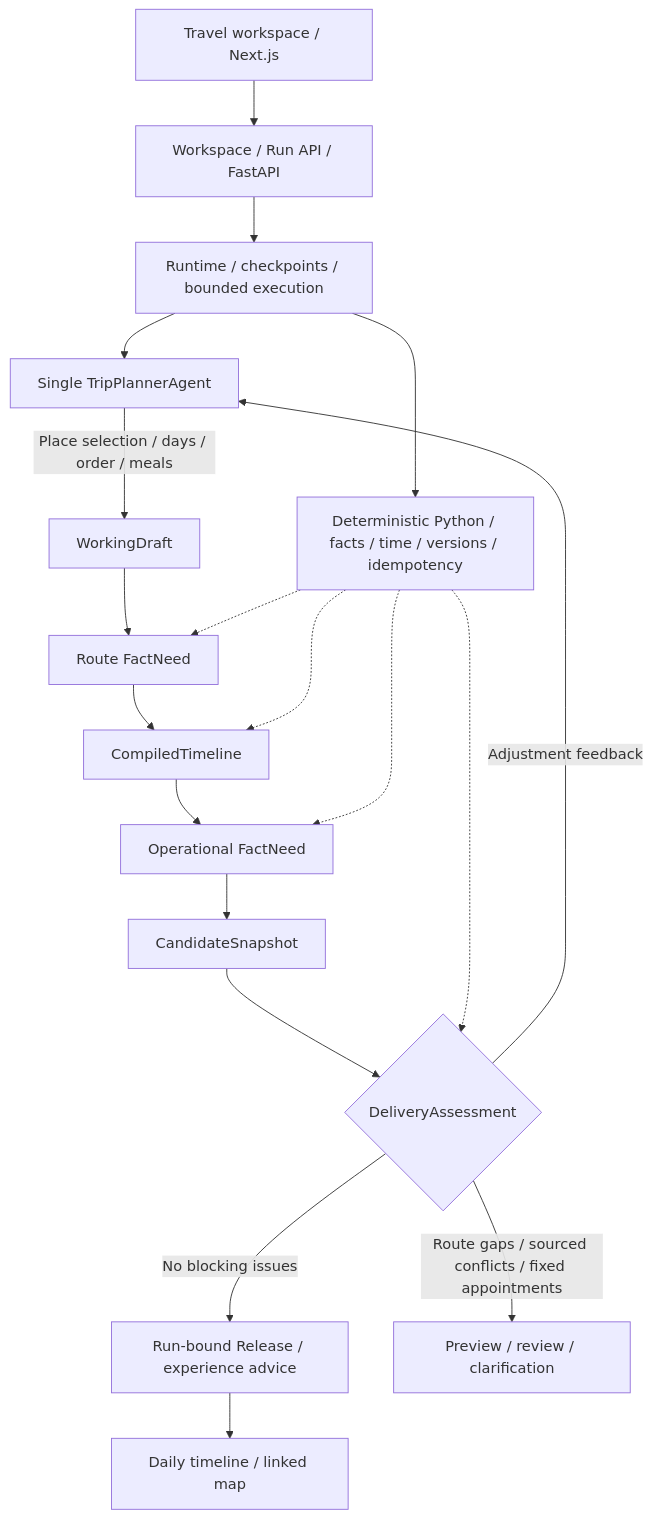
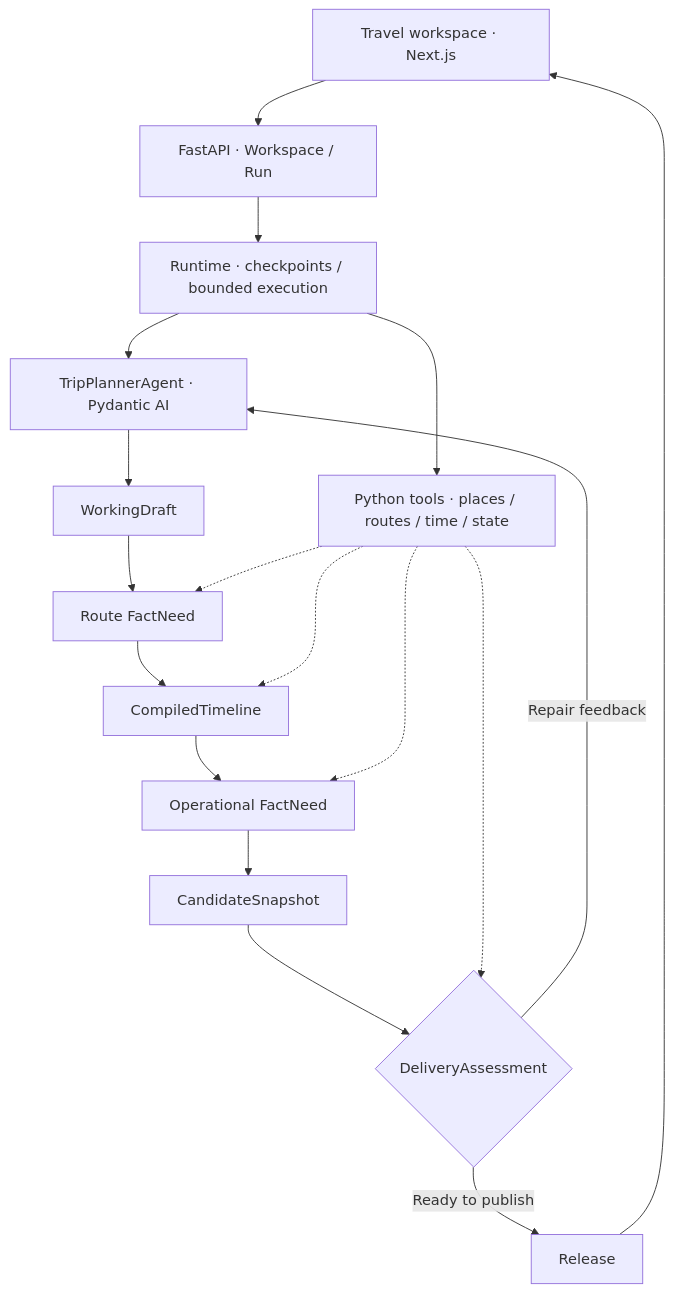
The diagram in README.md (tutuwangk/Trajecta-Agent), drawn with Mermaid before and after one commit. The commit also changed other lines of this file and 2 other files, not shown here.

````diff
--- a/README.md
+++ b/README.md
@@ -80,21 +24,20 @@
 ```mermaid
 flowchart TD
-  UI["Travel workspace / Next.js"] --> API["Workspace / Run API / FastAPI"]
-  API --> RT["Runtime / checkpoints / bounded execution"]
-  RT --> Agent["Single TripPlannerAgent"]
-  Agent -->|"Place selection / days / order / meals"| Draft["WorkingDraft"]
+  UI["Travel workspace · Next.js"] --> API["FastAPI · Workspace / Run"]
+  API --> Runtime["Runtime · checkpoints / bounded execution"]
+  Runtime --> Agent["TripPlannerAgent · Pydantic AI"]
+  Agent --> Draft["WorkingDraft"]
   Draft --> Routes["Route FactNeed"]
   Routes --> Timeline["CompiledTimeline"]
-  Timeline --> Ops["Operational FactNeed"]
-  Ops --> Candidate["CandidateSnapshot"]
-  Candidate --> Gate{"DeliveryAssessment"}
-  Gate -->|"Adjustment feedback"| Agent
-  Gate -->|"No blocking issues"| Release["Run-bound Release / experience advice"]
-  Gate -->|"Route gaps / sourced conflicts / fixed appointments"| Preview["Preview / review / clarification"]
-  Release --> View["Daily timeline / linked map"]
-  RT --> Python["Deterministic Python / facts / time / versions / idempotency"]
-  Python -.-> Routes
-  Python -.-> Timeline
-  Python -.-> Ops
-  Python -.-> Gate
+  Timeline --> Operations["Operational FactNeed"]
+  Operations --> Candidate["CandidateSnapshot"]
+  Candidate --> Assessment{"DeliveryAssessment"}
+  Assessment -->|"Repair feedback"| Agent
+  Assessment -->|"Ready to publish"| Release["Release"]
+  Release --> UI
+  Runtime --> Tools["Python tools · places / routes / time / state"]
+  Tools -.-> Routes
+  Tools -.-> Timeline
+  Tools -.-> Operations
+  Tools -.-> Assessment
 ```
````
